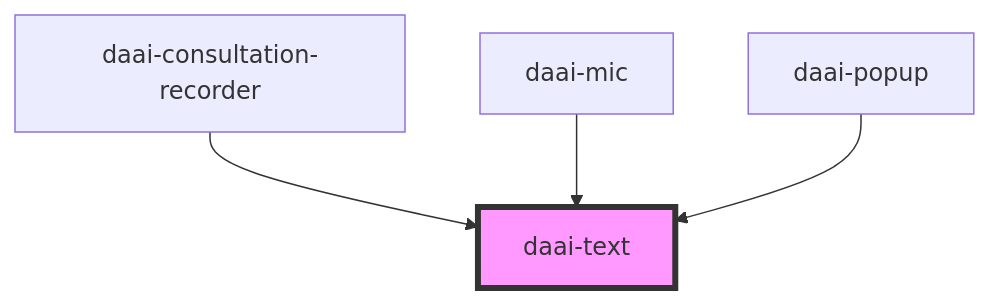
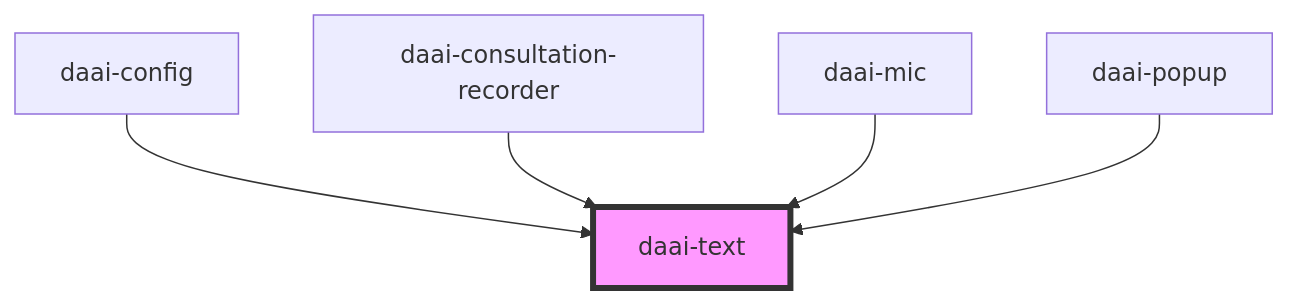
Before and after one commit to doctor-assistant/web-components: the diagram in src/components/atoms/text/readme.md, drawn with Mermaid. The commit also changed other lines of this file and 6 other files, not shown here.

````diff
--- a/src/components/atoms/text/readme.md
+++ b/src/components/atoms/text/readme.md
@@ -25,7 +26,8 @@
 ```mermaid
 graph TD;
+  daai-config --> daai-text
   daai-consultation-recorder --> daai-text
   daai-mic --> daai-text
   daai-popup --> daai-text
   style daai-text fill:#f9f,stroke:#333,stroke-width:4px
 ```
````
